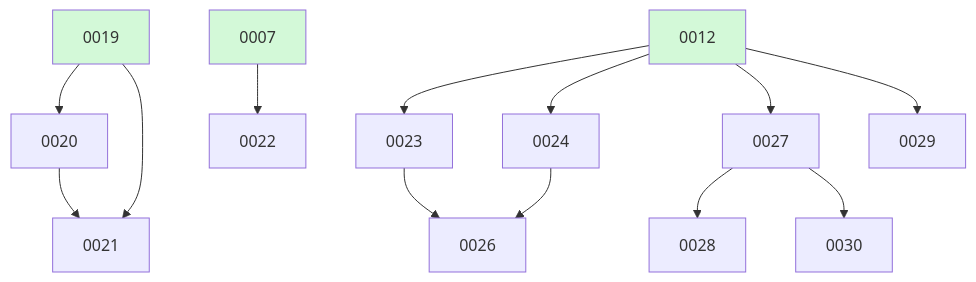
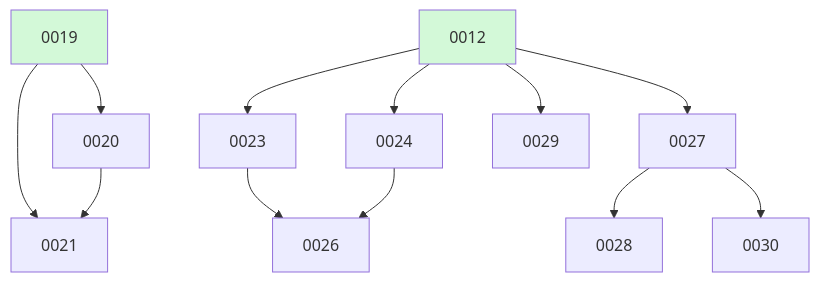
Before and after one commit to ethanhinson/fuse: the diagram in docs/changes/BOARD.md, drawn with Mermaid. The commit also changed other lines of this file, not shown here.

````diff
--- a/docs/changes/BOARD.md
+++ b/docs/changes/BOARD.md
@@ -25,19 +24,17 @@
 ```mermaid
 graph TD
   0019 --> 0020
   0019 --> 0021
   0020 --> 0021
-  0007 --> 0022
   0012 --> 0023
   0012 --> 0024
   0023 --> 0026
   0024 --> 0026
   0012 --> 0027
   0027 --> 0028
   0012 --> 0029
   0027 --> 0030
-  0007:::done
   0012:::done
   0019:::done
   classDef done fill:#d3f9d8;
 ```
````
